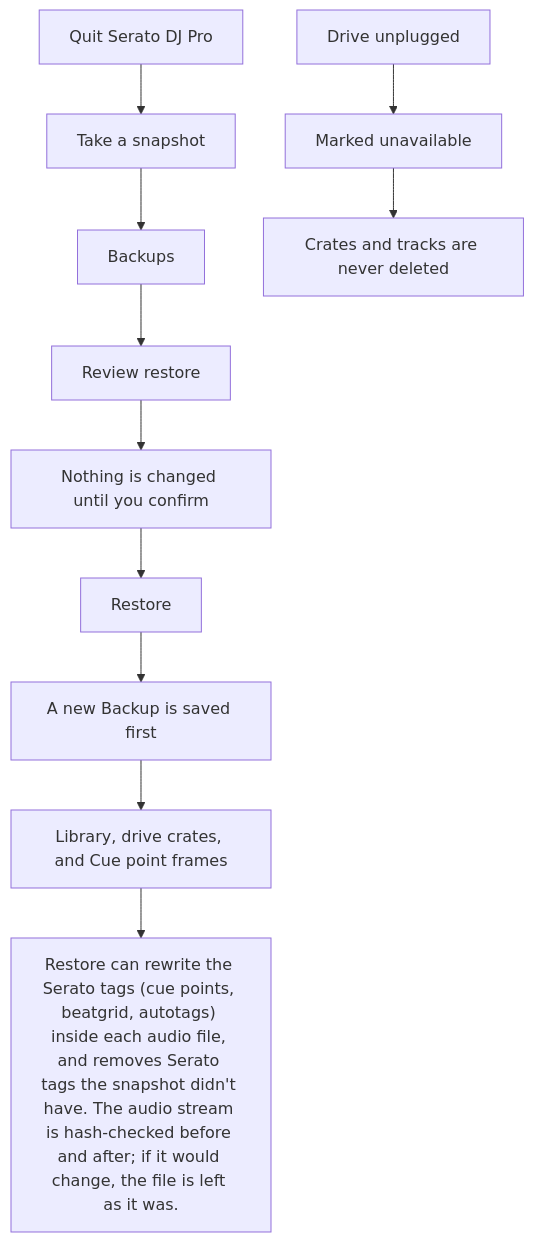
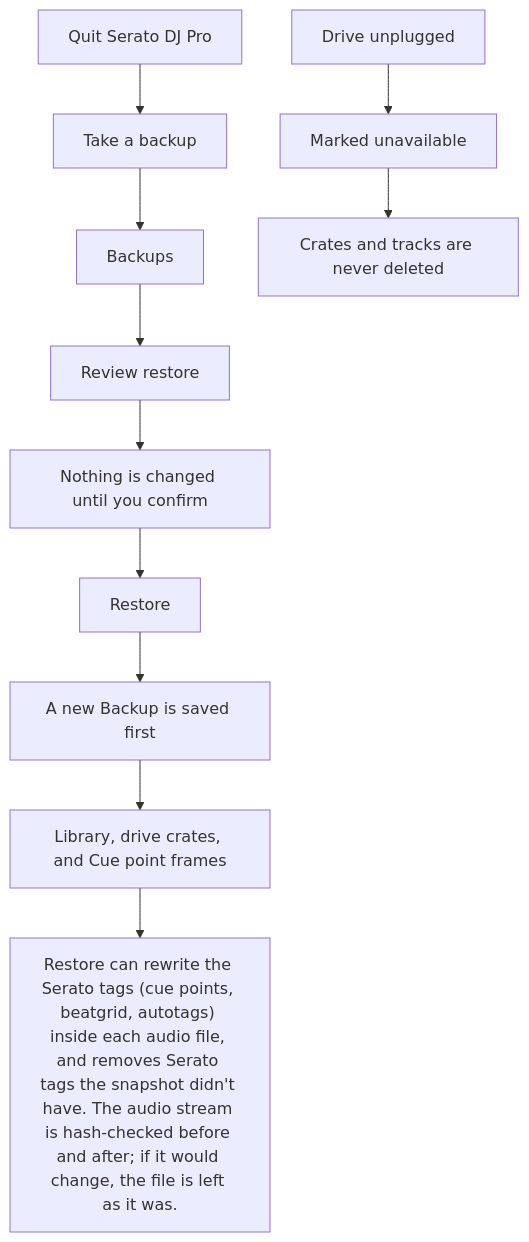
The diagram in docs/wiki/Backups-and-Restore.md (mookiejones/crateCraft), drawn with Mermaid before and after one commit. The commit also changed other lines of this file and 34 other files, not shown here.

````diff
--- a/docs/wiki/Backups-and-Restore.md
+++ b/docs/wiki/Backups-and-Restore.md
@@ -12,13 +12,13 @@
 ```mermaid
 flowchart TD
-  quit["Quit Serato DJ Pro"] --> take["Take a snapshot"]
+  quit["Quit Serato DJ Pro"] --> take["Take a backup"]
   take --> list["Backups"]
   list --> review["Review restore"]
   review --> plan["Nothing is changed until you confirm"]
   plan --> confirm["Restore"]
   confirm --> pre["A new Backup is saved first"]
   pre --> put["Library, drive crates, and Cue point frames"]
   put --> audio["Restore can rewrite the Serato tags (cue points, beatgrid, autotags) inside each audio file, and removes Serato tags the snapshot didn't have. The audio stream is hash-checked before and after; if it would change, the file is left as it was."]
   unplug["Drive unplugged"] --> mark["Marked unavailable"]
   mark --> keep["Crates and tracks are never deleted"]
 ```
````
